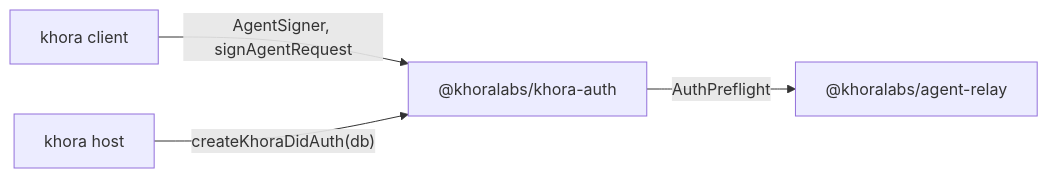
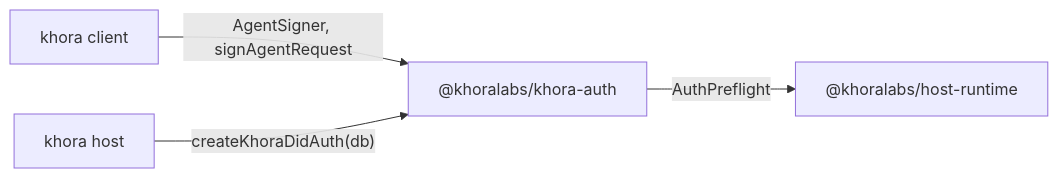
One commit to khoralabs/khora changed the diagram in packages/khora/auth/README.md. Above: the diagram before and after it, drawn with Mermaid. The commit also changed 72 other files, not shown here.

Commit message:
rename agent relay to host-runtim

````diff
--- a/packages/khora/auth/README.md
+++ b/packages/khora/auth/README.md
@@ -15,6 +15,6 @@
 ```mermaid
 graph LR
   client["khora client"] -->|"AgentSigner, signAgentRequest"| auth["@khoralabs/khora-auth"]
   host["khora host"] -->|"createKhoraDidAuth(db)"| auth
-  auth -->|"AuthPreflight"| relay["@khoralabs/agent-relay"]
+  auth -->|"AuthPreflight"| relay["@khoralabs/host-runtime"]
 ```
````
